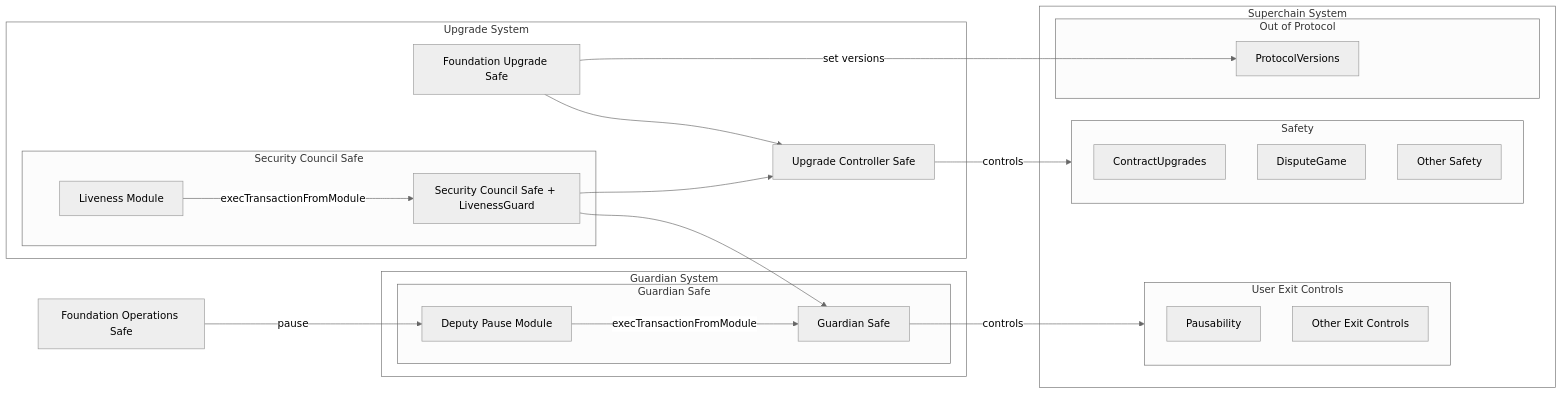
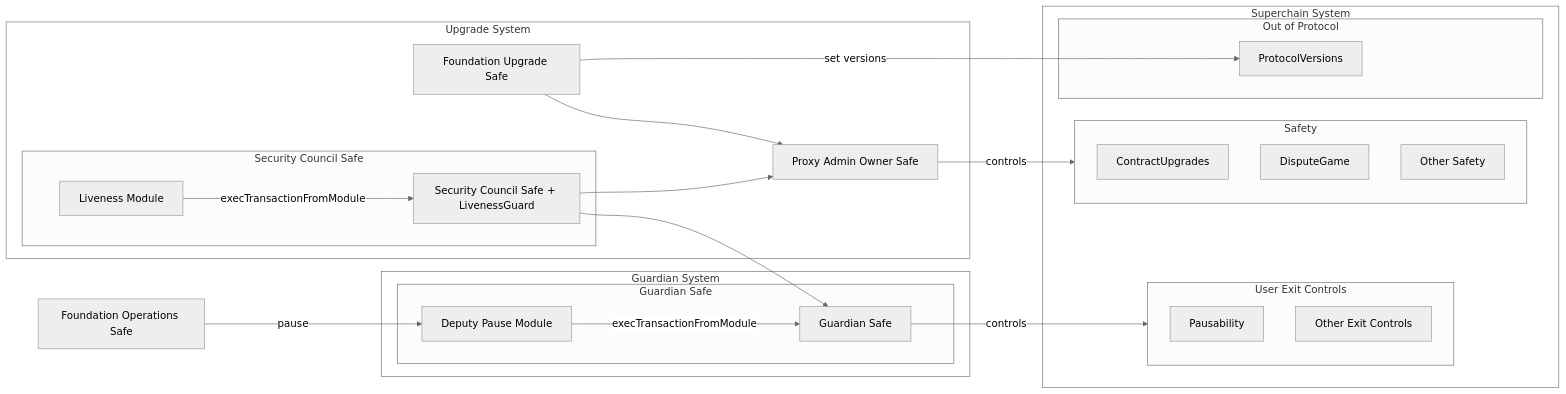
Before and after one commit to ethereum-optimism/specs: the diagram in specs/protocol/stage-1.md, drawn with Mermaid (neutral theme). The commit also changed other lines of this file and 2 other files, not shown here.

Commit message:
fix: rename Upgrade Controller to Proxy Admin Owner

````diff
--- a/specs/protocol/stage-1.md
+++ b/specs/protocol/stage-1.md
@@ -205,47 +205,47 @@
 ```mermaid
 flowchart LR
    subgraph SuperchainSystem[Superchain System]
       subgraph Exit[User Exit Controls]
          Pausability
          OtherExit[Other Exit Controls]
       end
       subgraph Safety
          ContractUpgrades
          DisputeGame
          OtherSafety[Other Safety]
       end
       subgraph NonProtocol[Out of Protocol]
          PV[ProtocolVersions]
       end
    end
 
    subgraph UpgradeSystem[Upgrade System]
       FndUp[Foundation Upgrade Safe]
-      UC[Upgrade Controller Safe]
+      PAO[Proxy Admin Owner Safe]
       subgraph Security Council Safe
          Council[Security Council Safe + LivenessGuard]
          LM[Liveness Module]
       end
    end
 
    subgraph GuardianSystem[Guardian System]
       subgraph GuardianSafe[Guardian Safe]
          GS[Guardian Safe]
          DPM[Deputy Pause Module]
       end
    end
 
-    UC -->|controls| Safety
-    FndUp --> UC
-    Council --> UC
+    PAO -->|controls| Safety
+    FndUp --> PAO
+    Council --> PAO
     Council --> GS
     FndOps[Foundation Operations Safe] -->|pause| DPM
     FndUp -->|set versions|PV
     LM -->|execTransactionFromModule| Council
     DPM -->|execTransactionFromModule| GS
     GS -->|controls| Exit
 
    %% Declare a class to make the outer boxes somewhat transparent to provide some contrast
    classDef outer fill:#ffffff44
    class SuperchainSystem,GuardianSystem,UpgradeSystem outer
 ```
````
